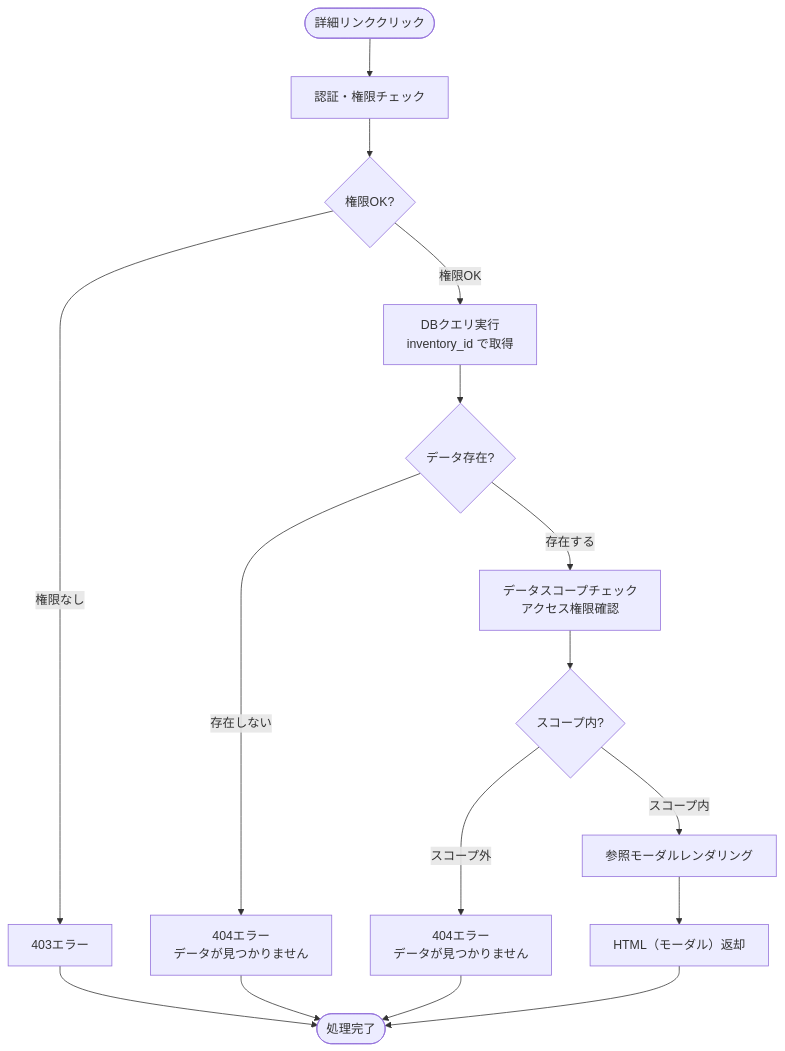
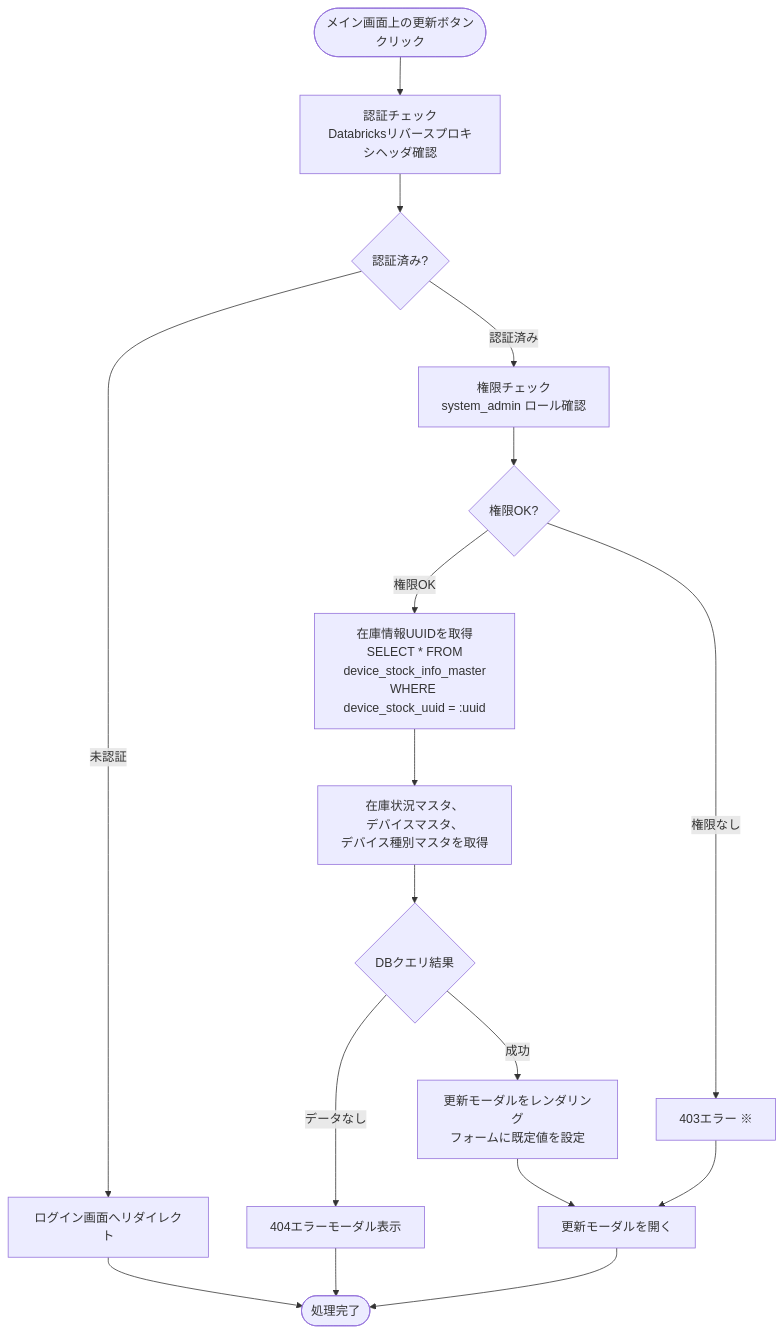
The fifth of 9 diagrams in docs/03-features/flask-app/device-inventory/workflow-specification.md (NSW-SVCP-AIWG002/Databricks-IoT), drawn with Mermaid before and after one commit. The commit also changed other lines of this file and 4 other files, not shown here.

````diff
--- a/docs/03-features/flask-app/device-inventory/workflow-specification.md
+++ b/docs/03-features/flask-app/device-inventory/workflow-specification.md
@@ -490,24 +588,25 @@
 ```mermaid
 flowchart TD
-    Start([詳細リンククリック]) --> Auth[認証・権限チェック]
-    Auth --> CheckPerm{権限OK?}
-    CheckPerm -->|権限なし| Error403[403エラー]
+    Start([メイン画面上の更新ボタン<br>クリック]) --> Auth[認証チェック<br>Databricksリバースプロキシヘッダ確認]
+    Auth --> CheckAuth{認証済み?}
+    CheckAuth -->|未認証| Error401[ログイン画面へリダイレクト]
+    Error401 --> End([処理完了])
 
-    CheckPerm -->|権限OK| Query[DBクエリ実行<br>inventory_id で取得]
-    Query --> CheckDB{データ存在?}
+    CheckAuth -->|認証済み| Permission[権限チェック<br>system_admin ロール確認]
+    Permission --> CheckPerm{権限OK?}
 
-    CheckDB -->|存在しない| Error404[404エラー<br>データが見つかりません]
+    CheckPerm -->|権限OK| Query[在庫情報UUIDを取得<br>SELECT * FROM<br>device_stock_info_master<br>WHERE device_stock_uuid = :uuid]
+    Query --> GetMaster[在庫状況マスタ、<br>デバイスマスタ、<br>デバイス種別マスタを取得]
+    GetMaster --> CheckDB{DBクエリ結果}
 
-    CheckDB -->|存在する| ScopeCheck[データスコープチェック<br>アクセス権限確認]
-    ScopeCheck --> ScopeResult{スコープ内?}
+    CheckDB -->|データなし| Error404[404エラーモーダル表示]
+    Error404 --> End
 
-    ScopeResult -->|スコープ外| Error404_2[404エラー<br>データが見つかりません]
+    CheckDB -->|成功| Template[更新モーダルをレンダリング<br>フォームに既定値を設定]
+    Template --> OpenModal[更新モーダルを開く]
 
-    ScopeResult -->|スコープ内| Template[参照モーダルレンダリング]
-    Template --> Response[HTML（モーダル）返却]
+    CheckPerm -->|権限なし| Error403[403エラー ※]
+    Error403 --> OpenModal
 
-    Error403 --> End([処理完了])
-    Error404 --> End
-    Error404_2 --> End
-    Response --> End
+    OpenModal --> End
 ```
````
